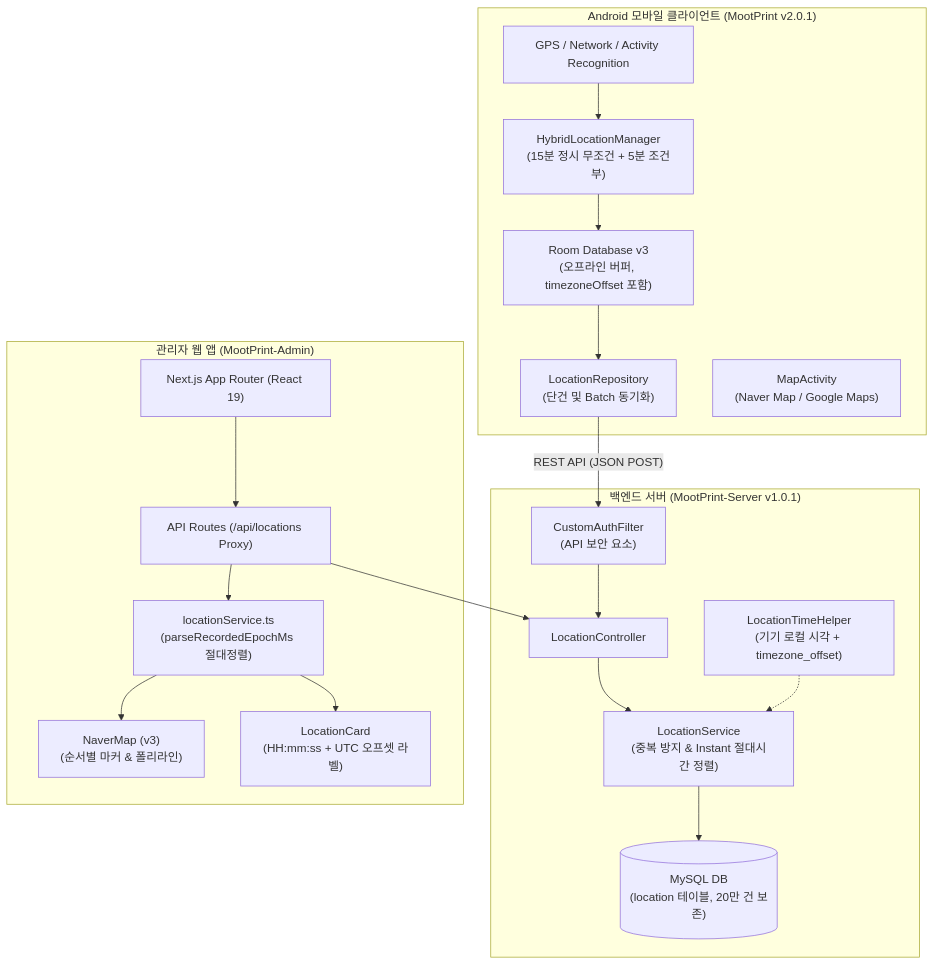
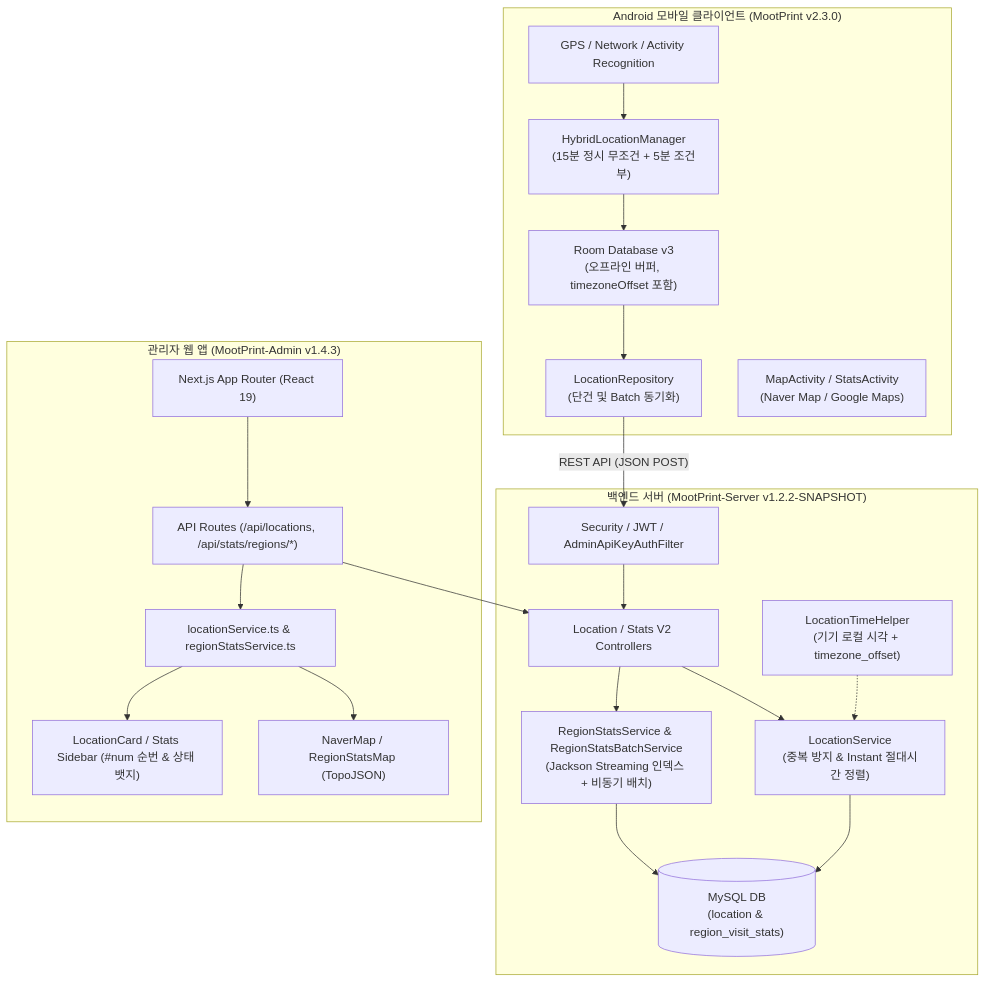
The diagram in README.md (mukhoplus/MootPrint-Archive), drawn with Mermaid before and after one commit. The commit also changed other lines of this file, not shown here.

````diff
--- a/README.md
+++ b/README.md
@@ -13,32 +13,34 @@
 ```mermaid
 flowchart TD
-    subgraph Client ["Android 모바일 클라이언트 (MootPrint v2.0.1)"]
+    subgraph Client ["Android 모바일 클라이언트 (MootPrint v2.3.0)"]
         Sensors["GPS / Network / Activity Recognition"] --> Tracker["HybridLocationManager\n(15분 정시 무조건 + 5분 조건부)"]
         Tracker --> RoomDB["Room Database v3\n(오프라인 버퍼, timezoneOffset 포함)"]
         RoomDB --> SyncEngine["LocationRepository\n(단건 및 Batch 동기화)"]
-        UI_App["MapActivity\n(Naver Map / Google Maps)"]
+        UI_App["MapActivity / StatsActivity\n(Naver Map / Google Maps)"]
     end
 
-    subgraph Server ["백엔드 서버 (MootPrint-Server v1.0.1)"]
-        AuthFilter["CustomAuthFilter\n(API 보안 요소)"] --> Controller["LocationController"]
+    subgraph Server ["백엔드 서버 (MootPrint-Server v1.2.2-SNAPSHOT)"]
+        AuthFilter["Security / JWT / AdminApiKeyAuthFilter"] --> Controller["Location / Stats V2 Controllers"]
         Controller --> Service["LocationService\n(중복 방지 & Instant 절대시간 정렬)"]
-        Service --> MySQL[("MySQL DB\n(location 테이블, 20만 건 보존)")]
+        Controller --> StatsSvc["RegionStatsService & RegionStatsBatchService\n(Jackson Streaming 인덱스 + 비동기 배치)"]
+        Service --> MySQL[("MySQL DB\n(location & region_visit_stats)")]
+        StatsSvc --> MySQL
         TimeHelper["LocationTimeHelper\n(기기 로컬 시각 + timezone_offset)"] -.-> Service
     end
 
-    subgraph Admin ["관리자 웹 앱 (MootPrint-Admin)"]
+    subgraph Admin ["관리자 웹 앱 (MootPrint-Admin v1.4.3)"]
         WebPage["Next.js App Router (React 19)"]
-        Proxy["API Routes (/api/locations Proxy)"]
-        SortEngine["locationService.ts\n(parseRecordedEpochMs 절대정렬)"]
-        MapDisplay["NaverMap (v3)\n(순서별 마커 & 폴리라인)"]
-        CardDisplay["LocationCard\n(HH:mm:ss + UTC 오프셋 라벨)"]
-        
+        Proxy["API Routes (/api/locations, /api/stats/regions/*)"]
+        SortEngine["locationService.ts & regionStatsService.ts"]
+        MapDisplay["NaverMap / RegionStatsMap (TopoJSON)"]
+        CardDisplay["LocationCard / Stats Sidebar (#num 순번 & 상태 뱃지)"]
+
         WebPage --> Proxy
         Proxy --> Controller
         Proxy --> SortEngine
         SortEngine --> MapDisplay
         SortEngine --> CardDisplay
     end
 
     SyncEngine -- "REST API (JSON POST)" --> AuthFilter
 ```
````
